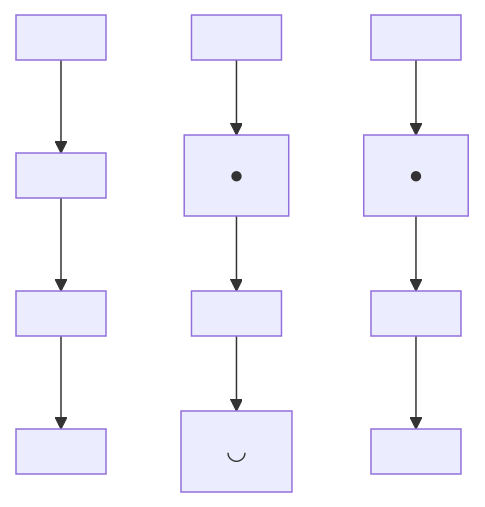
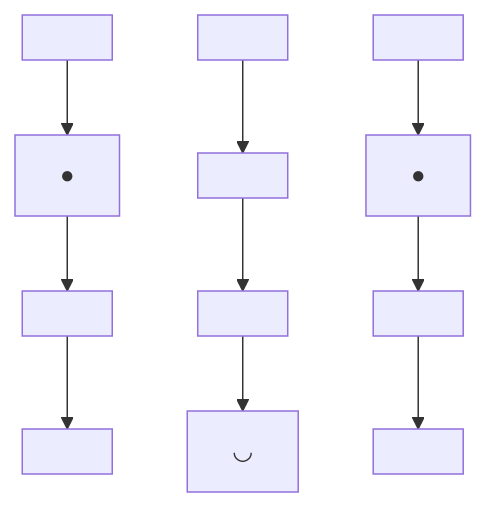
One commit to EthanBober/Sophomore-Class-Notes changed the diagram in README.md. Above: the diagram before and after it, drawn with Mermaid.

````diff
--- a/README.md
+++ b/README.md
@@ -2,34 +2,34 @@
 ```mermaid
 graph TB
 
     %% Row 1 (empty)
     A1[" "] 
     A2[" "] 
     A3[" "]
 
     %% Row 2 (eyes)
-    B1[" "] 
-    B2["●"] 
+    B1["●"] 
+    B2[" "] 
     B3["●"]
 
     %% Row 3 (nose space)
     C1[" "] 
     C2[" "] 
     C3[" "]
 
     %% Row 4 (mouth)
     D1[" "] 
     D2["◡"] 
     D3[" "]
 
     %% Connect rows top to bottom to form grid
     A1 --> B1
     A2 --> B2
     A3 --> B3
     B1 --> C1
     B2 --> C2
     B3 --> C3
     C1 --> D1
     C2 --> D2
     C3 --> D3
 ```
````
